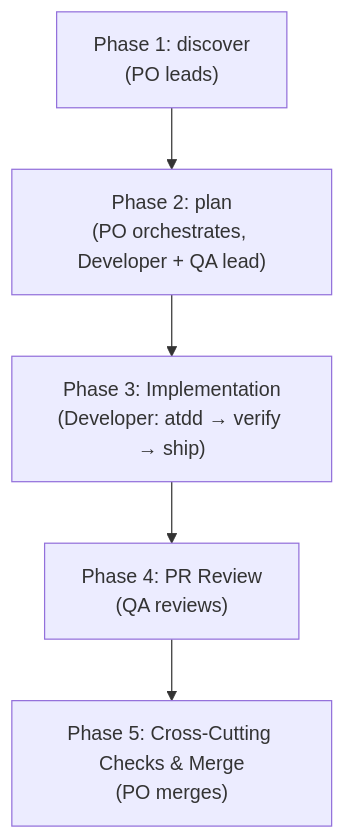
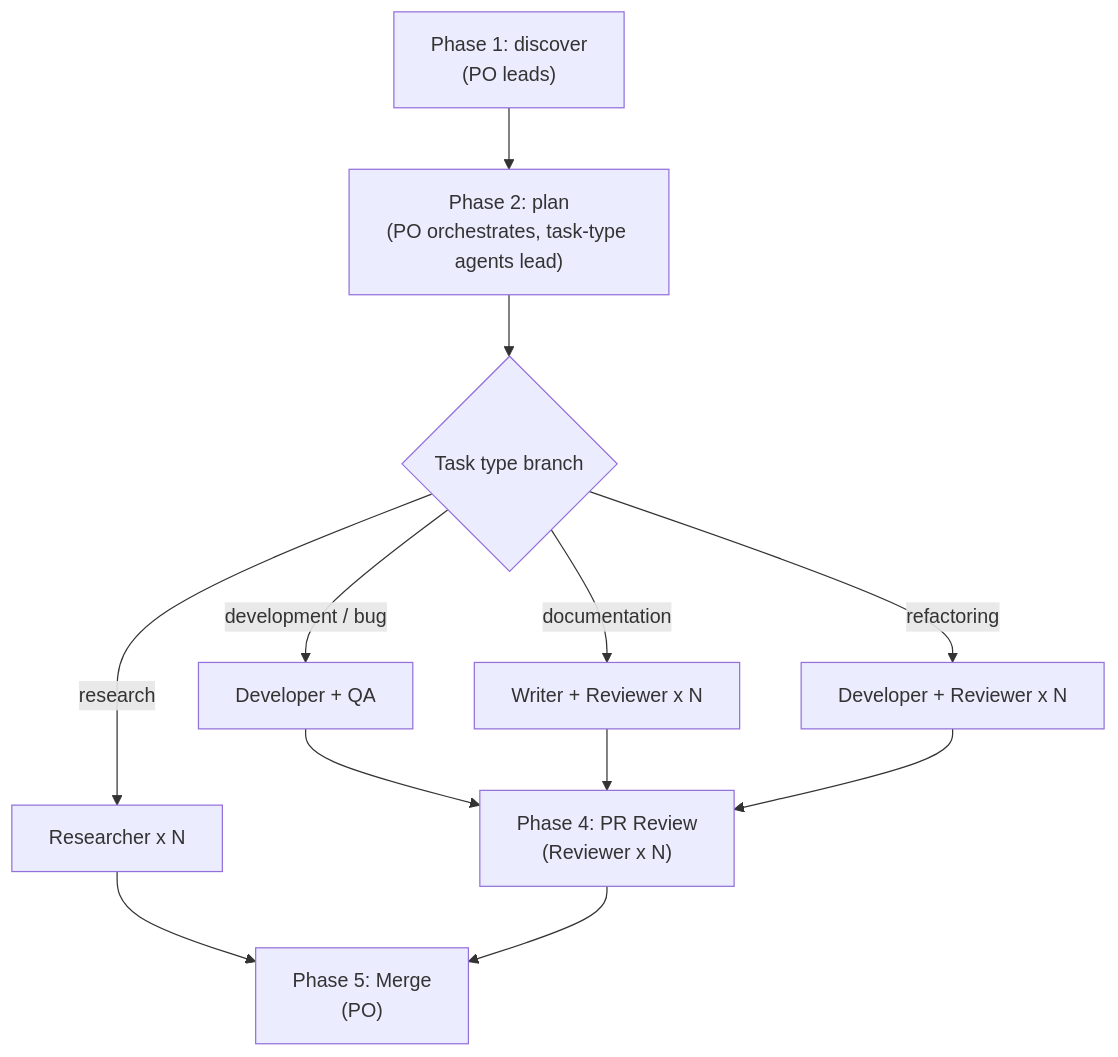
One commit to o3-ozono/atdd-kit changed the second of 2 diagrams in README.md. Above: the diagram before and after it, drawn with Mermaid. The commit also changed other lines of this file and 8 other files, not shown here.

````diff
--- a/README.md
+++ b/README.md
@@ -119,7 +121,14 @@
 ```mermaid
 flowchart TD
-  P1["Phase 1: discover\n(PO leads)"] --> P2["Phase 2: plan\n(PO orchestrates, Developer + QA lead)"]
-  P2 --> P3["Phase 3: Implementation\n(Developer: atdd → verify → ship)"]
-  P3 --> P4["Phase 4: PR Review\n(QA reviews)"]
-  P4 --> P5["Phase 5: Cross-Cutting Checks & Merge\n(PO merges)"]
+  P1["Phase 1: discover\n(PO leads)"] --> P2["Phase 2: plan\n(PO orchestrates, task-type agents lead)"]
+  P2 --> P3{"Task type branch"}
+  P3 -->|development / bug| P3a["Developer + QA"]
+  P3 -->|research| P3b["Researcher x N"]
+  P3 -->|documentation| P3c["Writer + Reviewer x N"]
+  P3 -->|refactoring| P3d["Developer + Reviewer x N"]
+  P3a --> P4["Phase 4: PR Review\n(Reviewer x N)"]
+  P3b --> P5["Phase 5: Merge\n(PO)"]
+  P3c --> P4
+  P3d --> P4
+  P4 --> P5
 ```
````
